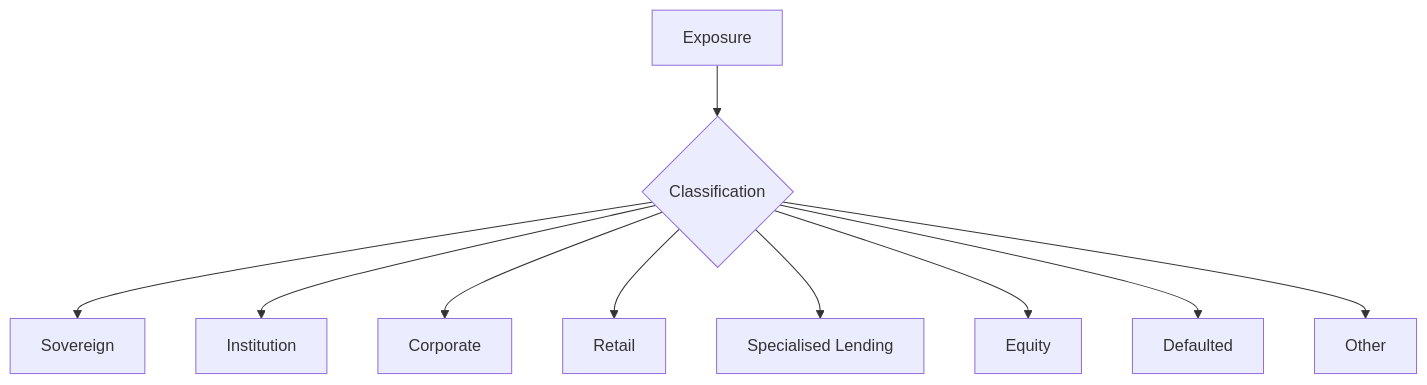
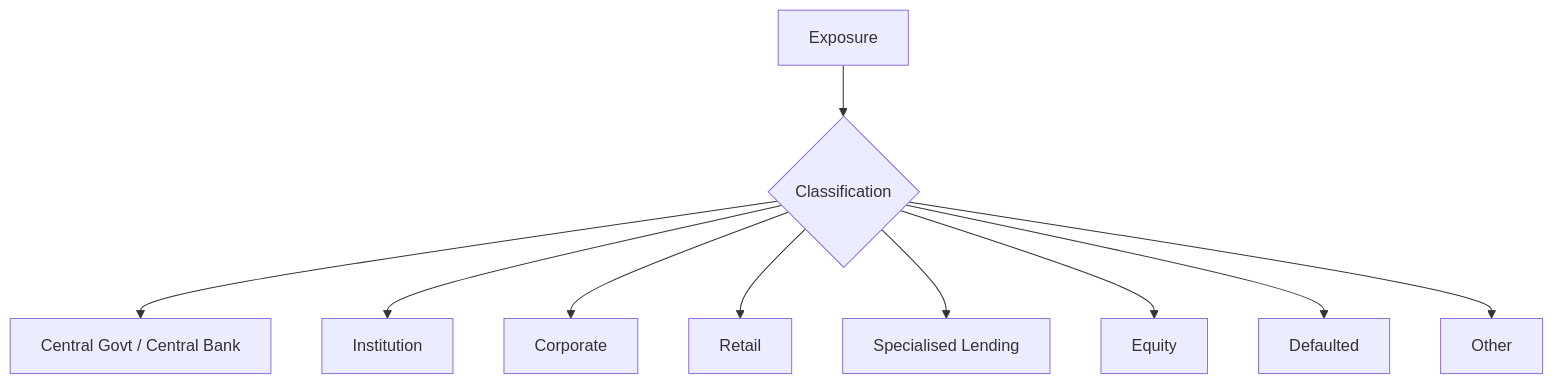
The first of 2 diagrams in docs/user-guide/exposure-classes/index.md (OpenAfterHours/rwa_calculator), drawn with Mermaid before and after one commit. The commit also changed other lines of this file and 52 other files, not shown here.

First line of the commit message:
feat(correlation): rename sovereign exposure to central govt/central bank

````diff
--- a/docs/user-guide/exposure-classes/index.md
+++ b/docs/user-guide/exposure-classes/index.md
@@ -7,12 +7,12 @@
 ```mermaid
 flowchart TD
     A[Exposure] --> B{Classification}
-    B --> C[Sovereign]
+    B --> C[Central Govt / Central Bank]
     B --> D[Institution]
     B --> E[Corporate]
     B --> F[Retail]
     B --> G[Specialised Lending]
     B --> H[Equity]
     B --> I[Defaulted]
     B --> J[Other]
 ```
````
